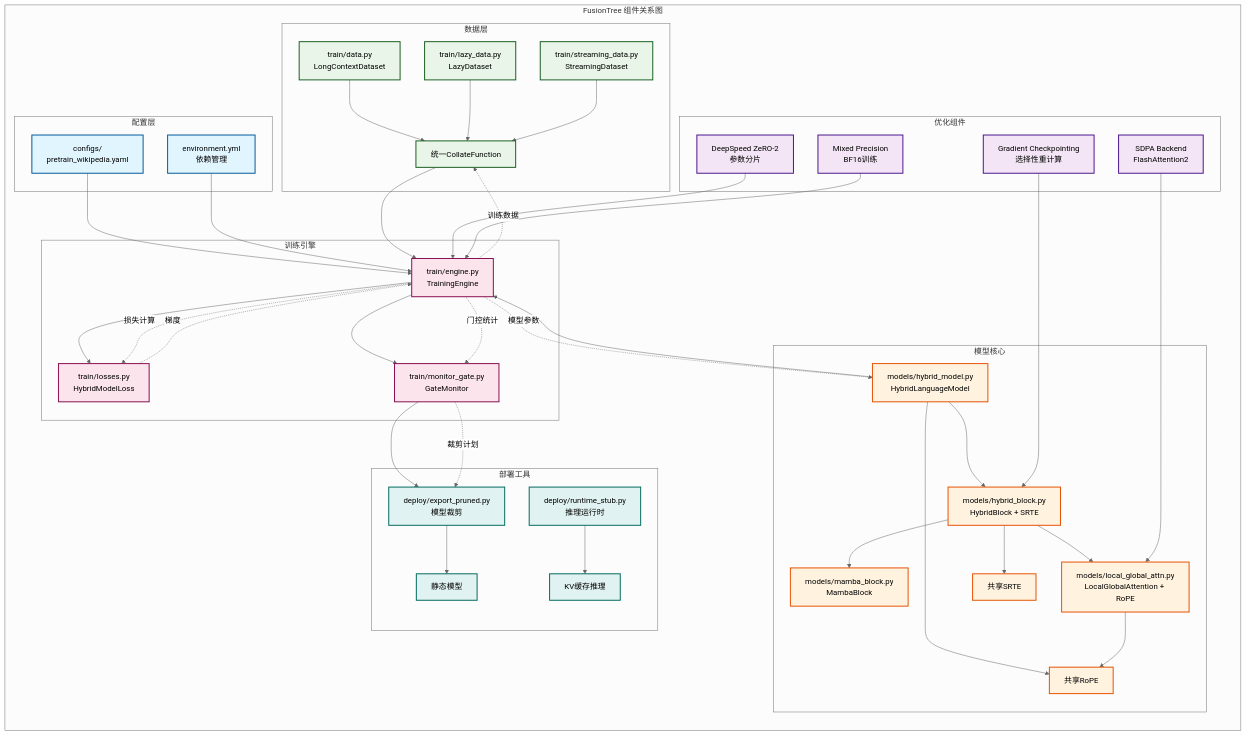
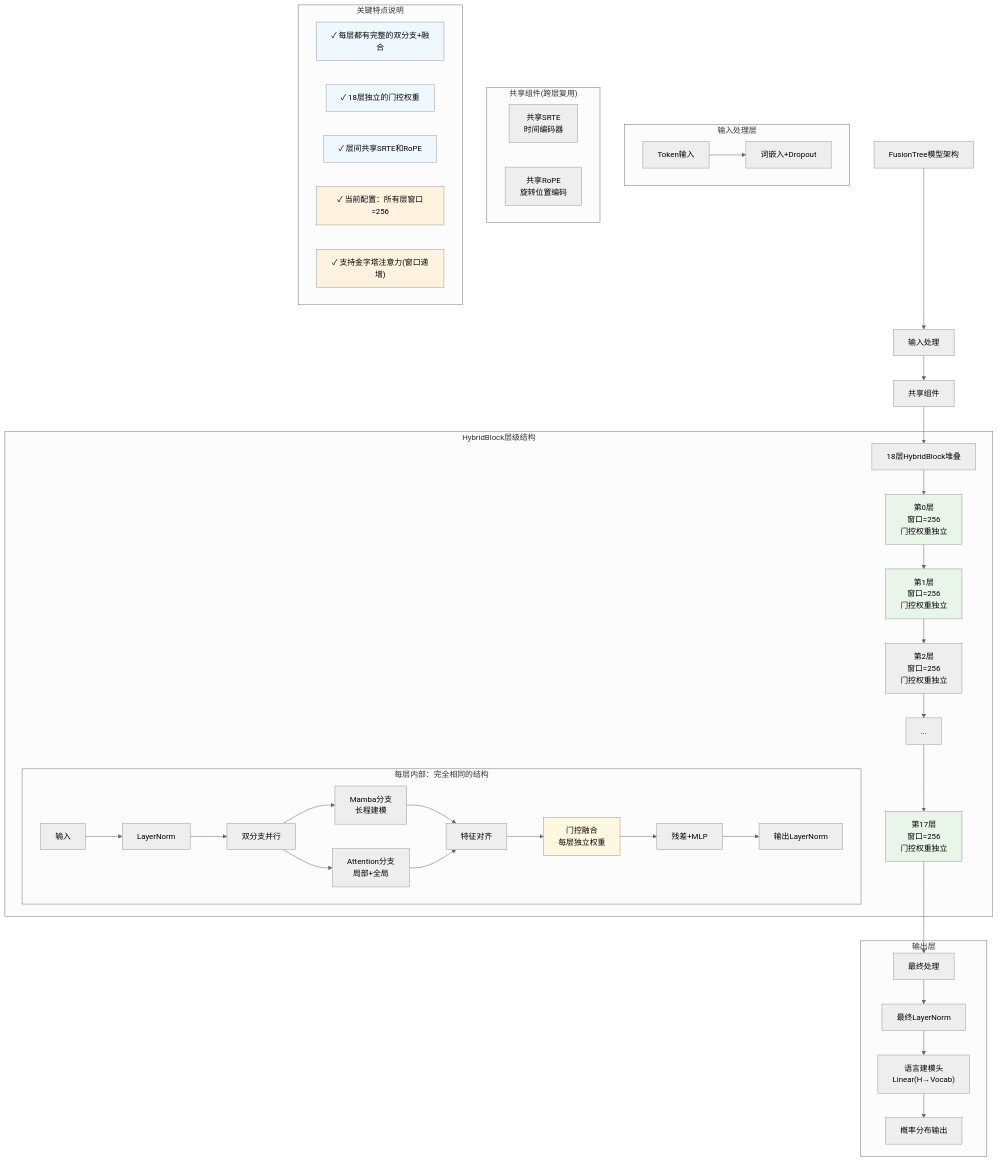
One commit to YAMY1234/FusionTree changed the second of 2 diagrams in README.md. Above: the diagram before and after it, drawn with Mermaid (neutral theme). The commit also changed other lines of this file and 13 other files, not shown here.

````diff
--- a/README.md
+++ b/README.md
@@ -307,91 +142,63 @@
 ```mermaid
-graph LR
-    subgraph "FusionTree 组件关系图"
-        subgraph "配置层"
-            A["configs/<br/>pretrain_wikipedia.yaml"]
-            B["environment.yml<br/>依赖管理"]
-        end
+graph TD
+    A["FusionTree模型架构"] --> B["输入处理"]
+    B --> C["共享组件"]
+    C --> D["18层HybridBlock堆叠"]
+    
+    subgraph "输入处理层"
+        B1["Token输入"] --> B2["词嵌入+Dropout"]
+    end
+    
+    subgraph "共享组件(跨层复用)"
+        C1["共享SRTE<br/>时间编码器"]
+        C2["共享RoPE<br/>旋转位置编码"]
+    end
+    
+    subgraph "HybridBlock层级结构"
+        D --> D1["第0层<br/>窗口=256<br/>门控权重独立"]
+        D1 --> D2["第1层<br/>窗口=256<br/>门控权重独立"]
+        D2 --> D3["第2层<br/>窗口=256<br/>门控权重独立"]
+        D3 --> D4["..."]
+        D4 --> D5["第17层<br/>窗口=256<br/>门控权重独立"]
         
-        subgraph "数据层"
-            C["train/data.py<br/>LongContextDataset"]
-            D["train/lazy_data.py<br/>LazyDataset"]  
-            E["train/streaming_data.py<br/>StreamingDataset"]
+        subgraph "每层内部：完全相同的结构"
+            E1["输入"] --> E2["LayerNorm"]
+            E2 --> E3["双分支并行"]
             
-            C --> F["统一CollateFunction"]
-            D --> F
-            E --> F
-        end
-        
-        subgraph "模型核心"
-            G["models/hybrid_model.py<br/>HybridLanguageModel"]
-            H["models/hybrid_block.py<br/>HybridBlock + SRTE"]
-            I["models/mamba_block.py<br/>MambaBlock"]
-            J["models/local_global_attn.py<br/>LocalGlobalAttention + RoPE"]
+            E3 --> F1["Mamba分支<br/>长程建模"]
+            E3 --> F2["Attention分支<br/>局部+全局"]
             
-            G --> H
-            H --> I
-            H --> J
-            H --> K["共享SRTE"]
-            G --> L["共享RoPE"]
-            J --> L
-        end
-        
-        subgraph "训练引擎"
-            M["train/engine.py<br/>TrainingEngine"]
-            N["train/losses.py<br/>HybridModelLoss"]
-            O["train/monitor_gate.py<br/>GateMonitor"]
-            
-            M --> N
-            M --> O
-        end
-        
-        subgraph "优化组件"
-            P["DeepSpeed ZeRO-2<br/>参数分片"]
-            Q["SDPA Backend<br/>FlashAttention2"]
-            R["Gradient Checkpointing<br/>选择性重计算"]
-            S["Mixed Precision<br/>BF16训练"]
-        end
-        
-        subgraph "部署工具"
-            T["deploy/export_pruned.py<br/>模型裁剪"]
-            U["deploy/runtime_stub.py<br/>推理运行时"]
-            
-            T --> V["静态模型"]
-            U --> W["KV缓存推理"]
+            F1 --> G1["特征对齐"]
+            F2 --> G1
+            G1 --> G2["门控融合<br/>每层独立权重"]
+            G2 --> G3["残差+MLP"]
+            G3 --> G4["输出LayerNorm"]
         end
     end
     
-    %% 依赖关系
-    A --> M
-    B --> M
-    F --> M
-    G --> M
-    P --> M
-    Q --> J
-    R --> H
-    S --> M
-    O --> T
+    D5 --> H["最终处理"]
     
-    %% 数据流
-    M -.->|"训练数据"| F
-    M -.->|"模型参数"| G
-    M -.->|"损失计算"| N
-    M -.->|"门控统计"| O
-    N -.->|"梯度"| M
-    O -.->|"裁剪计划"| T
+    subgraph "输出层"
+        H --> H1["最终LayerNorm"]
+        H1 --> H2["语言建模头<br/>Linear(H→Vocab)"]
+        H2 --> H3["概率分布输出"]
+    end
     
-    %% 样式
-    classDef configLayer fill:#e1f5fe,stroke:#01579b,stroke-width:2px
-    classDef dataLayer fill:#e8f5e8,stroke:#1b5e20,stroke-width:2px  
-    classDef modelLayer fill:#fff3e0,stroke:#e65100,stroke-width:2px
-    classDef trainLayer fill:#fce4ec,stroke:#880e4f,stroke-width:2px
-    classDef optimLayer fill:#f3e5f5,stroke:#4a148c,stroke-width:2px
-    classDef deployLayer fill:#e0f2f1,stroke:#00695c,stroke-width:2px
+    subgraph "关键特点说明"
+        K1["✓ 每层都有完整的双分支+融合"]
+        K2["✓ 18层独立的门控权重"]
+        K3["✓ 层间共享SRTE和RoPE"]
+        K4["✓ 当前配置：所有层窗口=256"]
+        K5["✓ 支持金字塔注意力(窗口递增)"]
+    end
     
-    class A,B configLayer
-    class C,D,E,F dataLayer
-    class G,H,I,J,K,L modelLayer
-    class M,N,O trainLayer
-    class P,Q,R,S optimLayer
-    class T,U,V,W deployLayer
+    style D1 fill:#e8f5e8
+    style D2 fill:#e8f5e8
+    style D5 fill:#e8f5e8
+    style G2 fill:#fff8e1
+    style K1 fill:#f0f8ff
+    style K2 fill:#f0f8ff
+    style K3 fill:#f0f8ff
+    style K4 fill:#fff3e0
+    style K5 fill:#fff3e0
 ```
````
